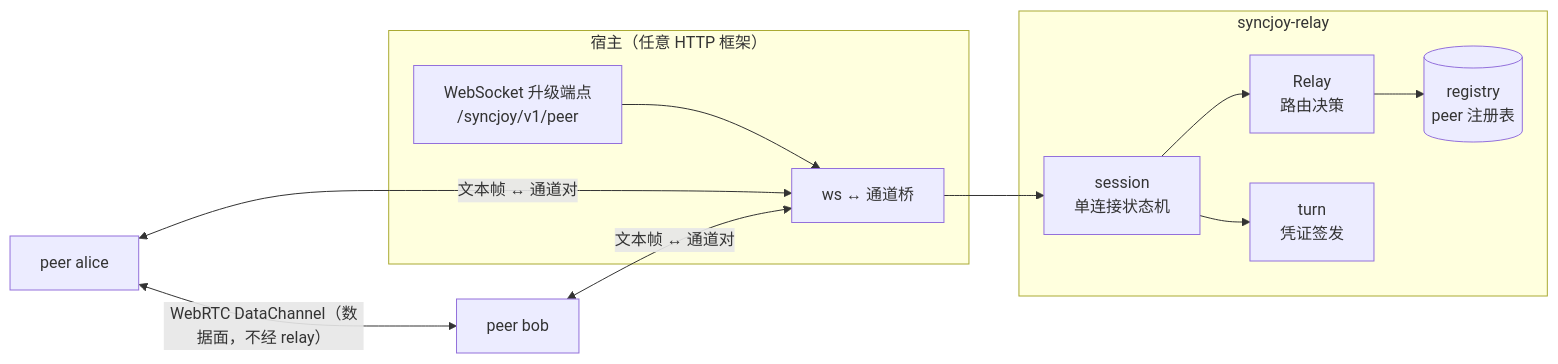
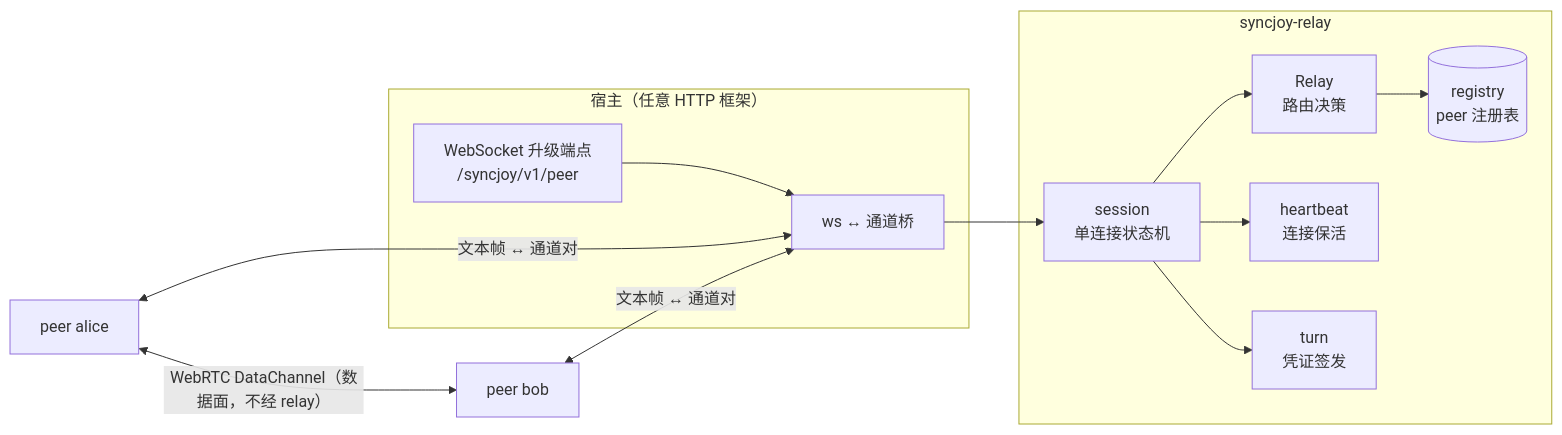
Before and after one commit to escharm/syncjoy: the first of 3 diagrams in crates/relay/README.md, drawn with Mermaid. The commit also changed other lines of this file and 37 other files, not shown here.

````diff
--- a/crates/relay/README.md
+++ b/crates/relay/README.md
@@ -12,21 +12,23 @@
 ```mermaid
 flowchart LR
     subgraph host["宿主（任意 HTTP 框架）"]
         ws["WebSocket 升级端点<br/>/syncjoy/v1/peer"]
         bridge["ws ↔ 通道桥"]
         ws --> bridge
     end
     subgraph sdk["syncjoy-relay"]
         session["session<br/>单连接状态机"]
         relay["Relay<br/>路由决策"]
         registry[("registry<br/>peer 注册表")]
+        heartbeat["heartbeat<br/>连接保活"]
         turn["turn<br/>凭证签发"]
         session --> relay
         relay --> registry
+        session --> heartbeat
         session --> turn
     end
     A["peer alice"] <--> |"文本帧 ↔ 通道对"| bridge
     B["peer bob"] <--> |"文本帧 ↔ 通道对"| bridge
     bridge --> session
     A <--> |"WebRTC DataChannel（数据面，不经 relay）"| B
 ```
````
